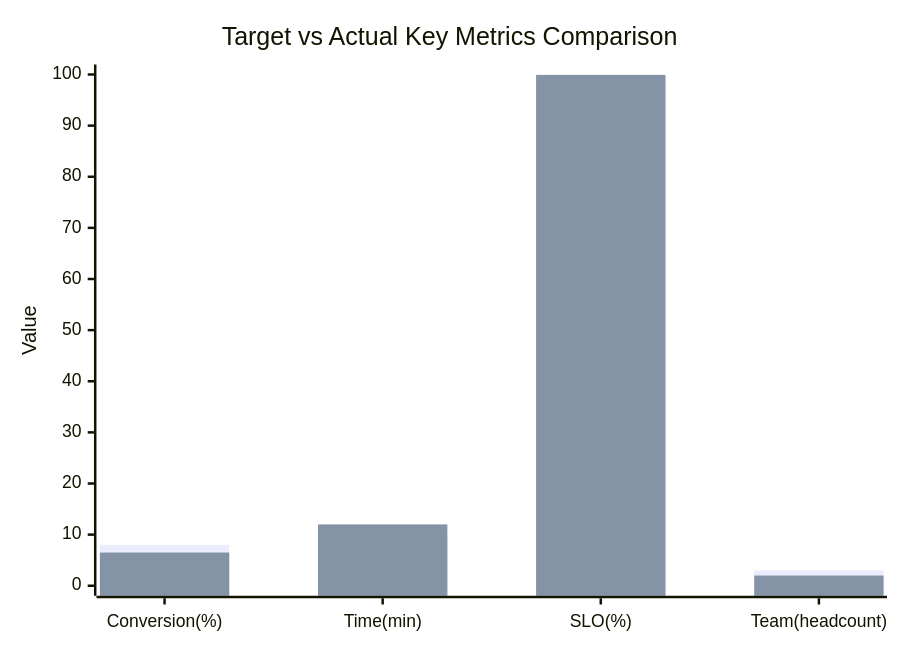
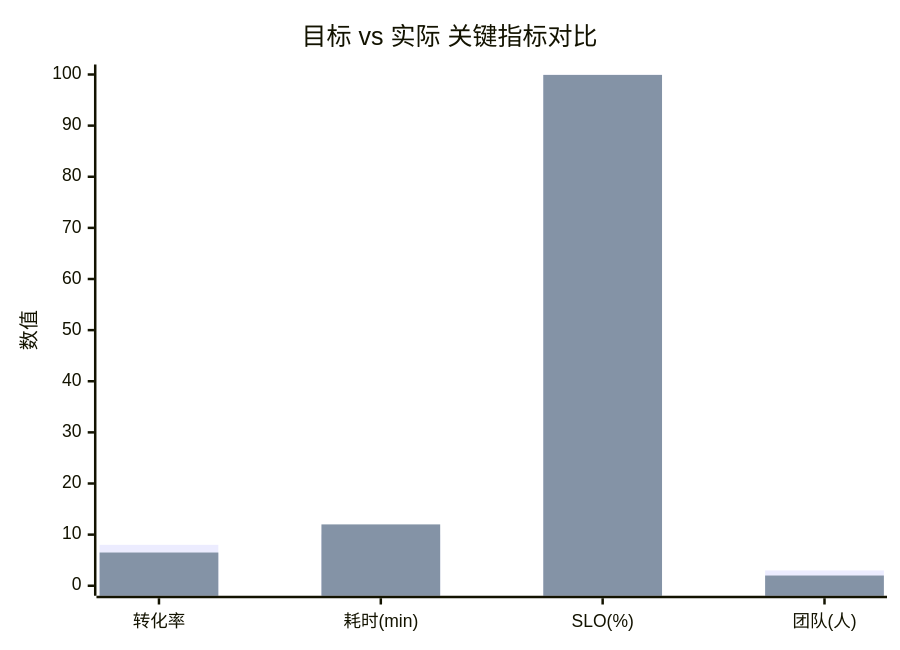
One commit to Kirky-X/cangjie changed the second of 3 diagrams in templates/Product/Retirement/Template-Retrospective.md. Above: the diagram before and after it, drawn with Mermaid. The commit also changed other lines of this file and 33 other files, not shown here.

````diff
--- a/templates/Product/Retirement/Template-Retrospective.md
+++ b/templates/Product/Retirement/Template-Retrospective.md
@@ -143,8 +143,8 @@
 ```mermaid
 xychart-beta
-    title "Target vs Actual Key Metrics Comparison"
-    x-axis ["Conversion(%)", "Time(min)", "SLO(%)", "Team(headcount)"]
-    y-axis "Value" 0 --> 100
+    title "目标 vs 实际 关键指标对比"
+    x-axis ["转化率", "耗时(min)", "SLO(%)", "团队(人)"]
+    y-axis "数值" 0 --> 100
     bar [8, 10, 99.95, 3]
     bar [6.5, 12, 99.92, 2]
 ```
````
